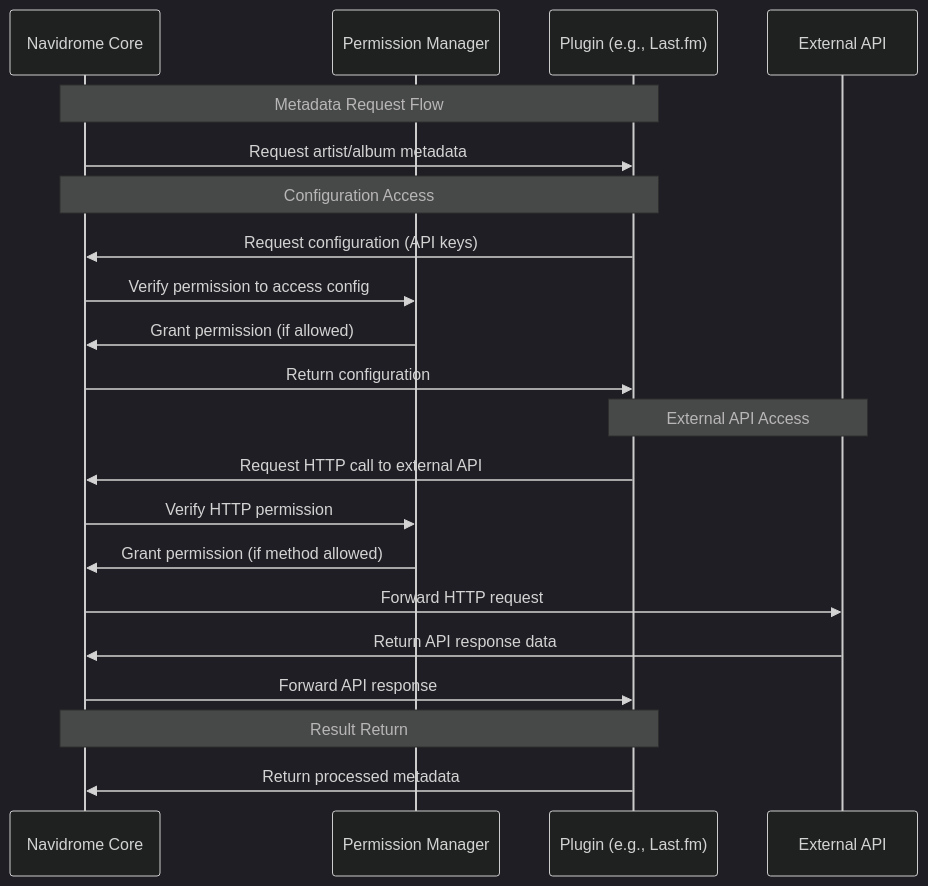
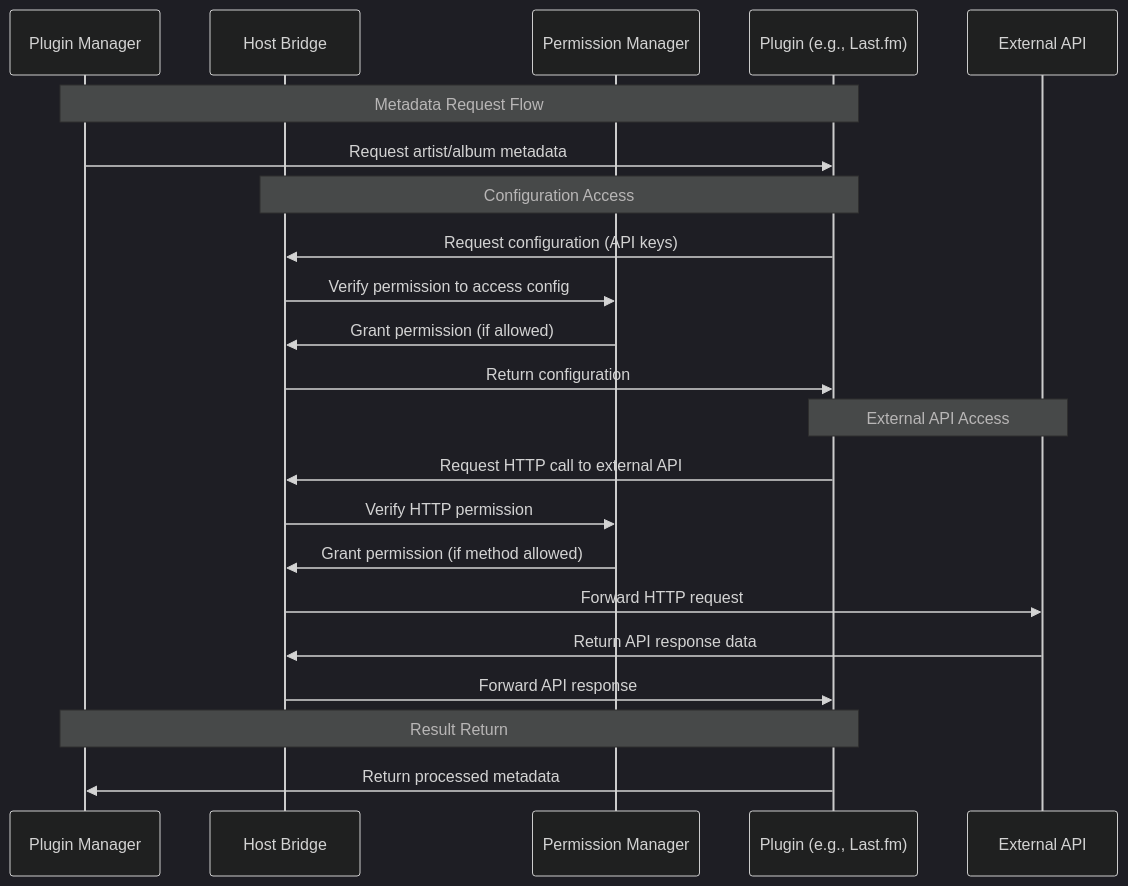
The second of 3 diagrams in docs/hld-plugins.md (yodhcn/navidrome), drawn with Mermaid (dark theme) before and after one commit.

Commit message:
Improve sequence diagram by breaking down Navidrome Core into specific components

````diff
--- a/docs/hld-plugins.md
+++ b/docs/hld-plugins.md
@@ -114,27 +114,28 @@
 ```mermaid
 sequenceDiagram
-    participant Core as Navidrome Core
+    participant PM as Plugin Manager
+    participant HB as Host Bridge
     participant PermMgr as Permission Manager
     participant Plugin as Plugin (e.g., Last.fm)
     participant External as External API
 
-    Note over Core,Plugin: Metadata Request Flow
-    Core->>Plugin: Request artist/album metadata
+    Note over PM,Plugin: Metadata Request Flow
+    PM->>Plugin: Request artist/album metadata
 
-    Note over Plugin,Core: Configuration Access
-    Plugin->>Core: Request configuration (API keys)
-    Core->>PermMgr: Verify permission to access config
-    PermMgr->>Core: Grant permission (if allowed)
-    Core->>Plugin: Return configuration
+    Note over Plugin,HB: Configuration Access
+    Plugin->>HB: Request configuration (API keys)
+    HB->>PermMgr: Verify permission to access config
+    PermMgr->>HB: Grant permission (if allowed)
+    HB->>Plugin: Return configuration
 
     Note over Plugin,External: External API Access
-    Plugin->>Core: Request HTTP call to external API
-    Core->>PermMgr: Verify HTTP permission
-    PermMgr->>Core: Grant permission (if method allowed)
-    Core->>External: Forward HTTP request
-    External->>Core: Return API response data
-    Core->>Plugin: Forward API response
+    Plugin->>HB: Request HTTP call to external API
+    HB->>PermMgr: Verify HTTP permission
+    PermMgr->>HB: Grant permission (if method allowed)
+    HB->>External: Forward HTTP request
+    External->>HB: Return API response data
+    HB->>Plugin: Forward API response
 
-    Note over Plugin,Core: Result Return
-    Plugin->>Core: Return processed metadata
+    Note over Plugin,PM: Result Return
+    Plugin->>PM: Return processed metadata
 ```
````
